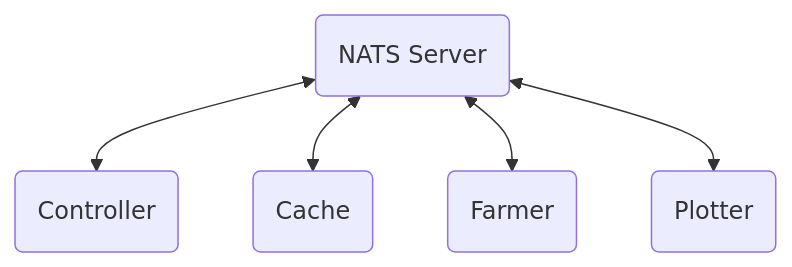
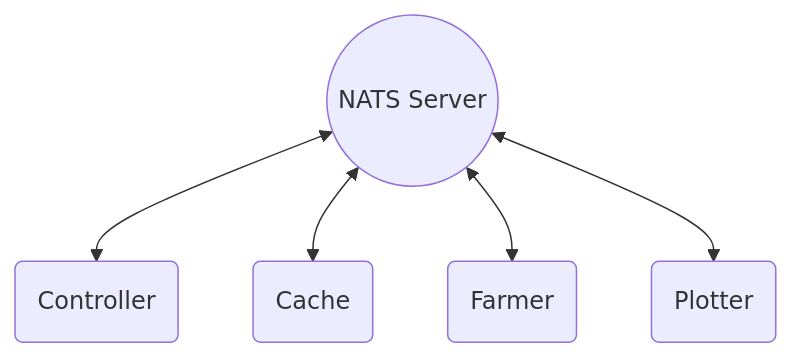
Before and after one commit to autonomys/subspace-docs: the first of 3 diagrams in docs/farming-&-staking/farming/advanced-cli/cli-farming-cluster.mdx, drawn with Mermaid. The commit also changed other lines of this file, not shown here.

Commit message:
Standardize diagrams

````diff
--- a/docs/farming-&-staking/farming/advanced-cli/cli-farming-cluster.mdx
+++ b/docs/farming-&-staking/farming/advanced-cli/cli-farming-cluster.mdx
@@ -20,8 +20,8 @@
 ```mermaid
 flowchart
-NATS(NATS Server)
+NATS((NATS Server))
 NATS  <-->  Controller(Controller)
 NATS  <-->  Cache(Cache)
 NATS  <-->  Farmer(Farmer)
 NATS  <-->  Plotter(Plotter)
 ```
````
